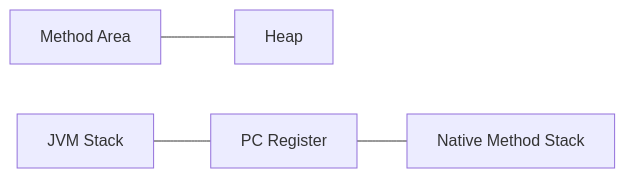
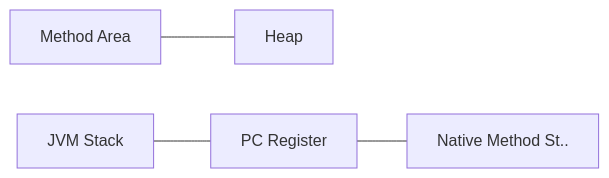
One commit to yjkim2015/yjkim2015.github.io changed the third of 7 diagrams in _posts/java/2026-05-02-jvm-architecture.md. Above: the diagram before and after it, drawn with Mermaid. The commit also changed other lines of this file and 149 other files, not shown here.

First line of the commit message:
Mermaid 가독성 개선: 라벨 축약, 노드 축소, TD→LR 변환

````diff
--- a/_posts/java/2026-05-02-jvm-architecture.md
+++ b/_posts/java/2026-05-02-jvm-architecture.md
@@ -262,6 +260,6 @@
 ```mermaid
 flowchart LR
     MA["Method Area"] --- HP["Heap"]
     ST["JVM Stack"] --- PC["PC Register"]
-    PC --- NS["Native Method Stack"]
+    PC --- NS["Native Method St.."]
 ```
````
